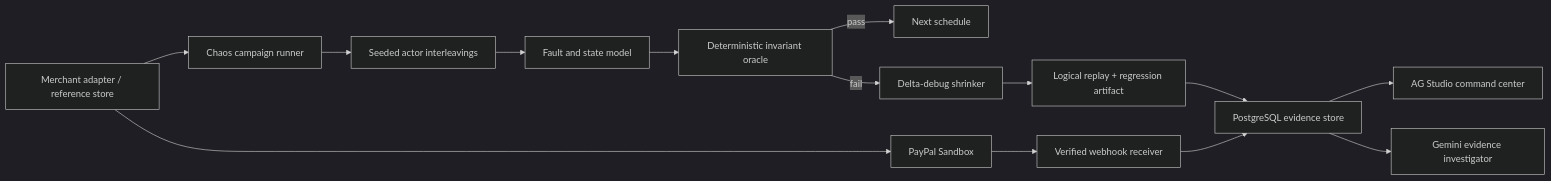
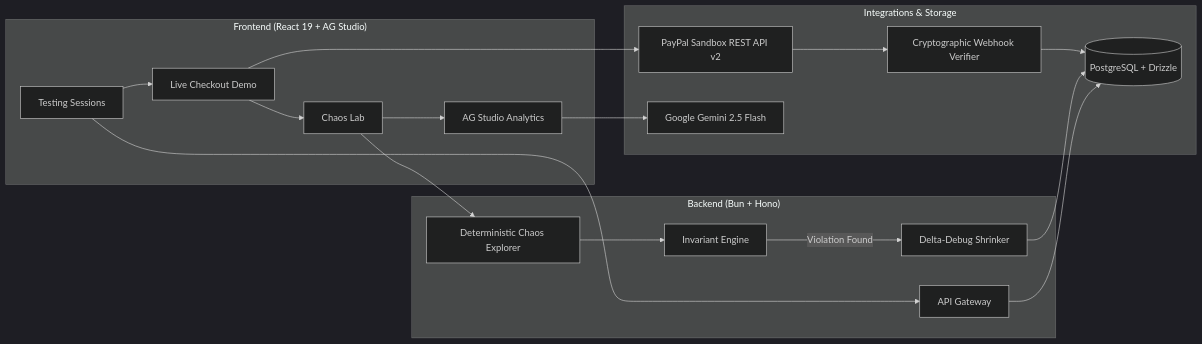
Before and after one commit to swankystark/AgentProof: the diagram in README.md, drawn with Mermaid (dark theme). The commit also changed other lines of this file and 34 other files, not shown here.

Commit message:
feat: add chaos testing, session management, AG studio analytics, webhook verification, and final demo video

````diff
--- a/README.md
+++ b/README.md
@@ -26,16 +34,33 @@
 ```mermaid
 flowchart LR
-  M[Merchant adapter / reference store] --> C[Chaos campaign runner]
-  C --> S[Seeded actor interleavings]
-  S --> F[Fault and state model]
-  F --> O[Deterministic invariant oracle]
-  O -->|pass| N[Next schedule]
-  O -->|fail| H[Delta-debug shrinker]
-  H --> R[Logical replay + regression artifact]
-  R --> E[PostgreSQL evidence store]
-  E --> A[AG Studio command center]
-  E --> I[Gemini evidence investigator]
-  M --> P[PayPal Sandbox]
-  P --> W[Verified webhook receiver]
-  W --> E
+    subgraph UI ["Frontend (React 19 + AG Studio)"]
+        A[Testing Sessions] --> B[Live Checkout Demo]
+        B --> C[Chaos Lab]
+        C --> D[AG Studio Analytics]
+    end
+
+    subgraph Core ["Backend (Bun + Hono)"]
+        E[API Gateway]
+        F[Deterministic Chaos Explorer]
+        G[Delta-Debug Shrinker]
+        H[Invariant Engine]
+    end
+
+    subgraph Integrations ["Integrations & Storage"]
+        P[(PostgreSQL + Drizzle)]
+        PP[PayPal Sandbox REST API v2]
+        W[Cryptographic Webhook Verifier]
+        AI[Google Gemini 2.5 Flash]
+    end
+
+    A --> E
+    B --> PP
+    PP --> W
+    W --> P
+    C --> F
+    F --> H
+    H -->|Violation Found| G
+    G --> P
+    D --> AI
+    E --> P
 ```
````
